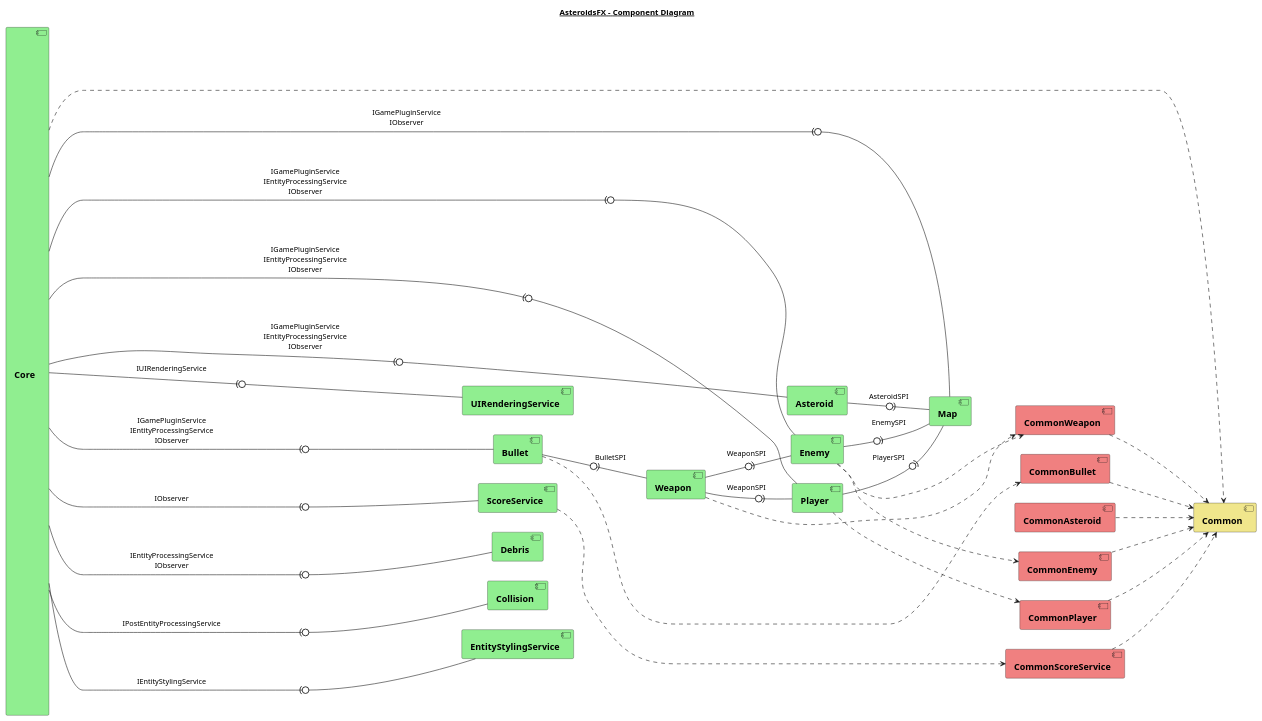
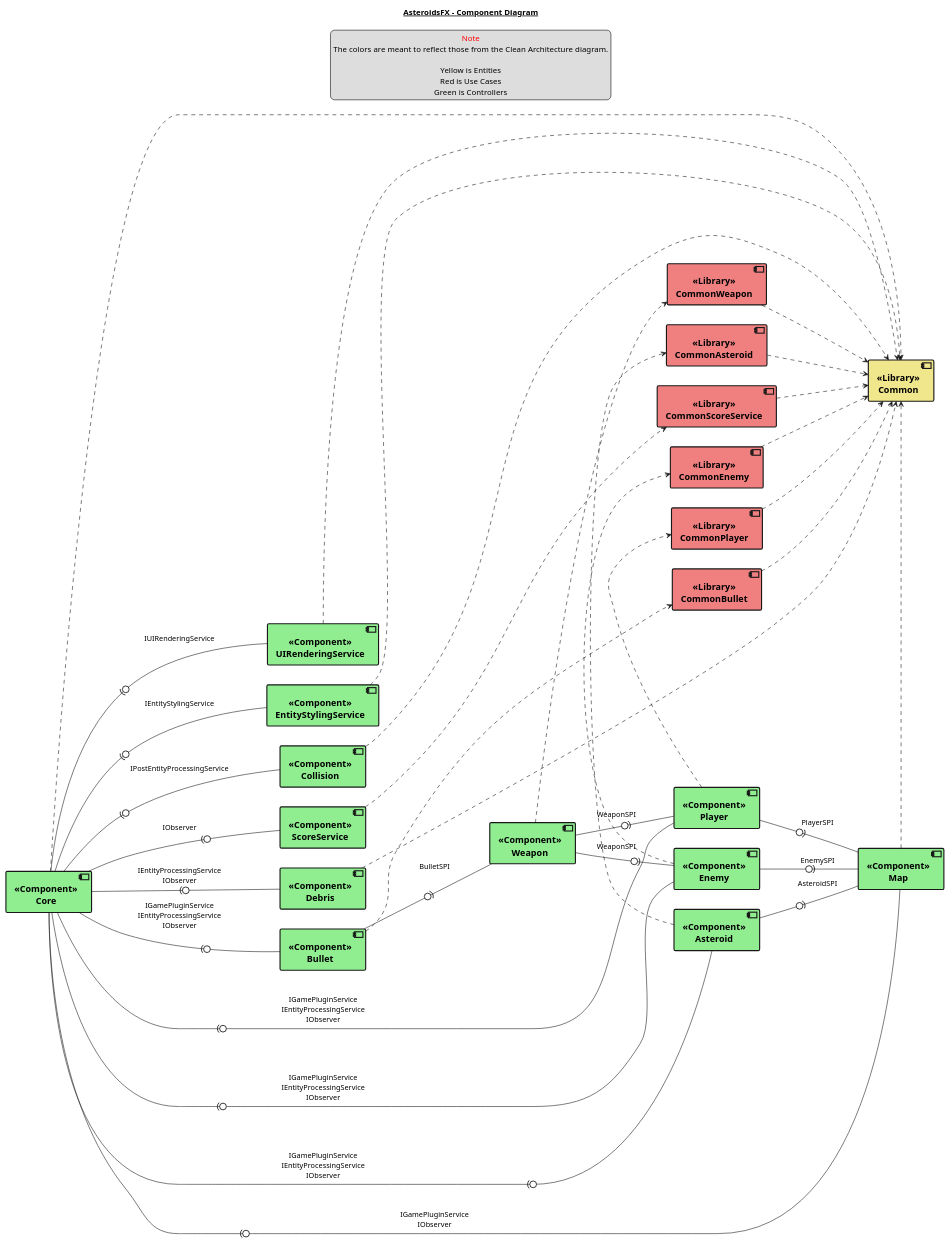
The diagram in diagrams/component.puml (jlars22/AsteroidsFX), drawn with PlantUML before and after one commit. The commit also changed 1 other file, not shown here.

Commit message:
improve diagrams

```diff
--- a/diagrams/component.puml
+++ b/diagrams/component.puml
@@ -1,76 +1,93 @@
 @startuml
 title
 <u>AsteroidsFX - Component Diagram</u>
 end title
+
+legend top
+<font color=red>Note</font>
+The colors are meant to reflect those from the Clean Architecture diagram.
+
+Yellow is Entities
+Red is Use Cases
+Green is Controllers
+end legend
+
+skinparam defaultTextAlignment center
+
 
 left to right direction
 
 skinparam component {
     FontName Arial
     FontSize 16
     FontStyle Bold
+    BorderThickness 2
 }
 
-component [\n\n\n\n\n\n\n\n\n\n\n\n\n\n\n\n\n\n\n\n\n\n\n\n\n\n\nCore\n\n\n\n\n\n\n\n\n\n\n\n\n\n\n\n\n\n\n\n\n\n\n\n\n\n\n] as Core #Lightgreen
+component [<<Component>>\nCore] as Core #Lightgreen
 
 together {
-    component [Asteroid] #Lightgreen
-    component [Bullet] #Lightgreen
-    component [Debris] #Lightgreen
-    component [Collision] #Lightgreen
-    component [Enemy] #Lightgreen
-    component [Weapon] #Lightgreen
-    component [Map] #Lightgreen
-    component [ScoreService] #Lightgreen
-    component [Player] #Lightgreen
-    component [UIRenderingService] #Lightgreen
-    component [EntityStylingService] #Lightgreen
+    component [<<Component>>\nAsteroid] as Asteroid#Lightgreen
+    component [<<Component>>\nBullet] as Bullet #Lightgreen
+    component [<<Component>>\nDebris] as Debris #Lightgreen
+    component [<<Component>>\nCollision] as Collision #Lightgreen
+    component [<<Component>>\nEnemy] as Enemy #Lightgreen
+    component [<<Component>>\nWeapon] as Weapon #Lightgreen
+    component [<<Component>>\nMap] as Map #Lightgreen
+    component [<<Component>>\nScoreService] as ScoreService #Lightgreen
+    component [<<Component>>\nPlayer] as Player #Lightgreen
+    component [<<Component>>\nEntityStylingService] as EntityStylingService #Lightgreen
+    component [<<Component>>\nUIRenderingService] as UIRenderingService #Lightgreen
 }
 
 together {
-    component [CommonBullet] #Lightcoral
-    component [CommonWeapon] #Lightcoral
-    component [CommonAsteroid] #Lightcoral
-    component [CommonScoreService] #Lightcoral
-    component [CommonEnemy] #Lightcoral
-    component [CommonPlayer] #Lightcoral
+    component [<<Library>>\nCommonEnemy] as CommonEnemy#Lightcoral
+    component [<<Library>>\nCommonBullet] as CommonBullet #Lightcoral
+    component [<<Library>>\nCommonWeapon] as CommonWeapon #Lightcoral
+    component [<<Library>>\nCommonAsteroid] as CommonAsteroid#Lightcoral
+    component [<<Library>>\nCommonScoreService] as CommonScoreService #Lightcoral
+    component [<<Library>>\nCommonPlayer] as CommonPlayer#Lightcoral
 }
 
-component [Common] #Khaki
+component [<<Library>>\nCommon] as Common #Khaki
 
 
-Core ..> Common
-CommonEnemy ...> Common
-CommonScoreService ...> Common
-CommonPlayer ...> Common
-CommonBullet ...> Common
-CommonWeapon ...> Common
-CommonAsteroid ...> Common
+Core .> Common
+CommonEnemy .> Common
+CommonScoreService ..> Common
+CommonPlayer .> Common
+CommonBullet .> Common
+CommonWeapon .> Common
+CommonAsteroid .> Common
+UIRenderingService .> Common
+EntityStylingService .> Common
+Debris ..> Common
+Map .> Common
+Collision .> Common
 
-Enemy ..> CommonEnemy
-Enemy ...> CommonWeapon
-Weapon ..> CommonWeapon
-ScoreService ..> CommonScoreService
-Player ..> CommonPlayer
-Bullet ..> CommonBullet
+Enemy .> CommonEnemy
+Weapon .> CommonWeapon
+ScoreService .> CommonScoreService
+Player .> CommonPlayer
+Bullet .> CommonBullet
+Asteroid .> CommonAsteroid
 
-Core ------(0- Enemy : IGamePluginService\nIEntityProcessingService\nIObserver
-Core ---(0- Map : IGamePluginService\nIObserver
-Core ---(0- Asteroid : IGamePluginService\nIEntityProcessingService\nIObserver
-Core ---(0- Bullet : IGamePluginService\nIEntityProcessingService\nIObserver
-Core ---(0- Player : IGamePluginService\nIEntityProcessingService\nIObserver
-Core ---(0- Debris : IEntityProcessingService\nIObserver
-Core ---(0- ScoreService : IObserver
-Core ---(0- EntityStylingService : IEntityStylingService
-Core ---(0- Collision : IPostEntityProcessingService
-Core ---(0---- UIRenderingService : IUIRenderingService
+Core --(0- Enemy : IGamePluginService\nIEntityProcessingService\nIObserver
+Core --(0- Map : IGamePluginService\nIObserver
+Core --(0- Asteroid : IGamePluginService\nIEntityProcessingService\nIObserver
+Core --(0- Bullet : IGamePluginService\nIEntityProcessingService\nIObserver
+Core --(0- Player : IGamePluginService\nIEntityProcessingService\nIObserver
+Core --(0- Debris : IEntityProcessingService\nIObserver
+Core --(0- ScoreService : IObserver
+Core --(0- EntityStylingService : IEntityStylingService
+Core --(0- Collision : IPostEntityProcessingService
+Core --(0- UIRenderingService : IUIRenderingService
 
 Enemy -0)- Map : EnemySPI
 Player -0)- Map : PlayerSPI
 Asteroid -0)- Map : AsteroidSPI
 Weapon -0)- Enemy : WeaponSPI
 Weapon -0)- Player : WeaponSPI
 Bullet -0)- Weapon : BulletSPI
 
-
 @enduml
```
